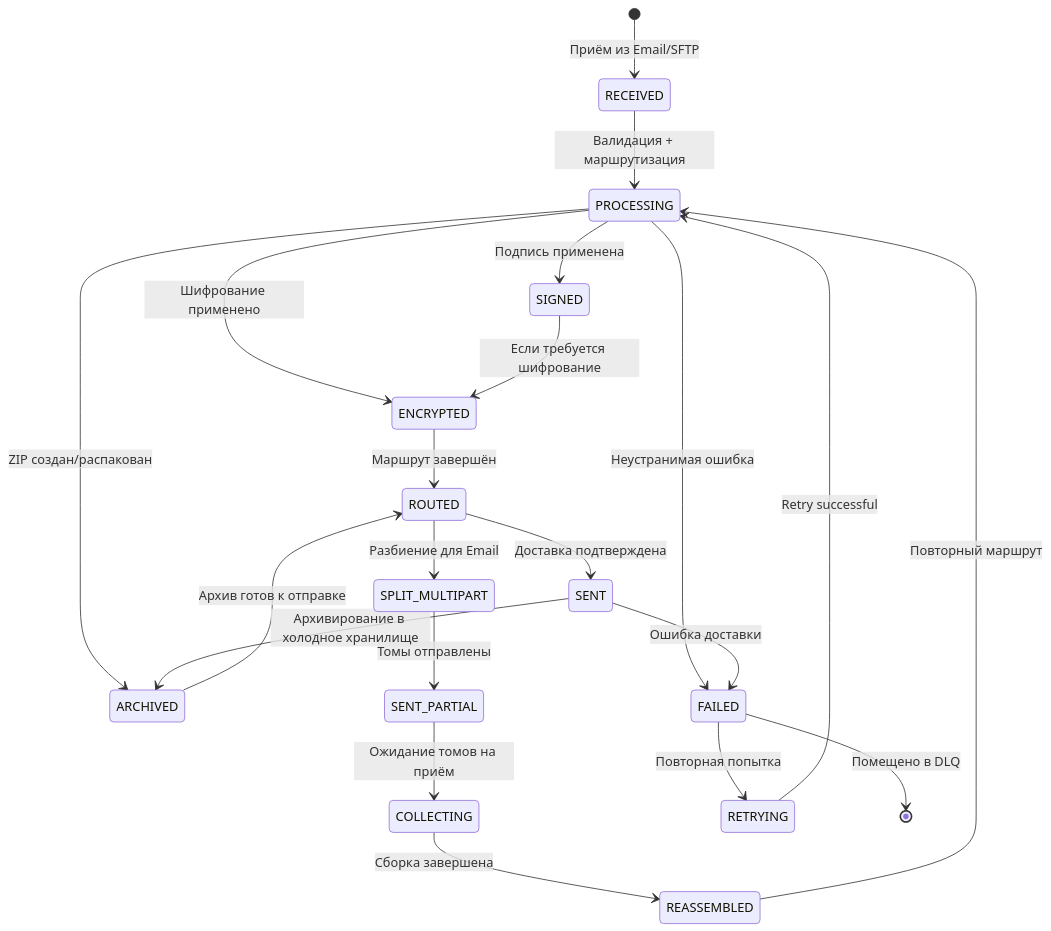
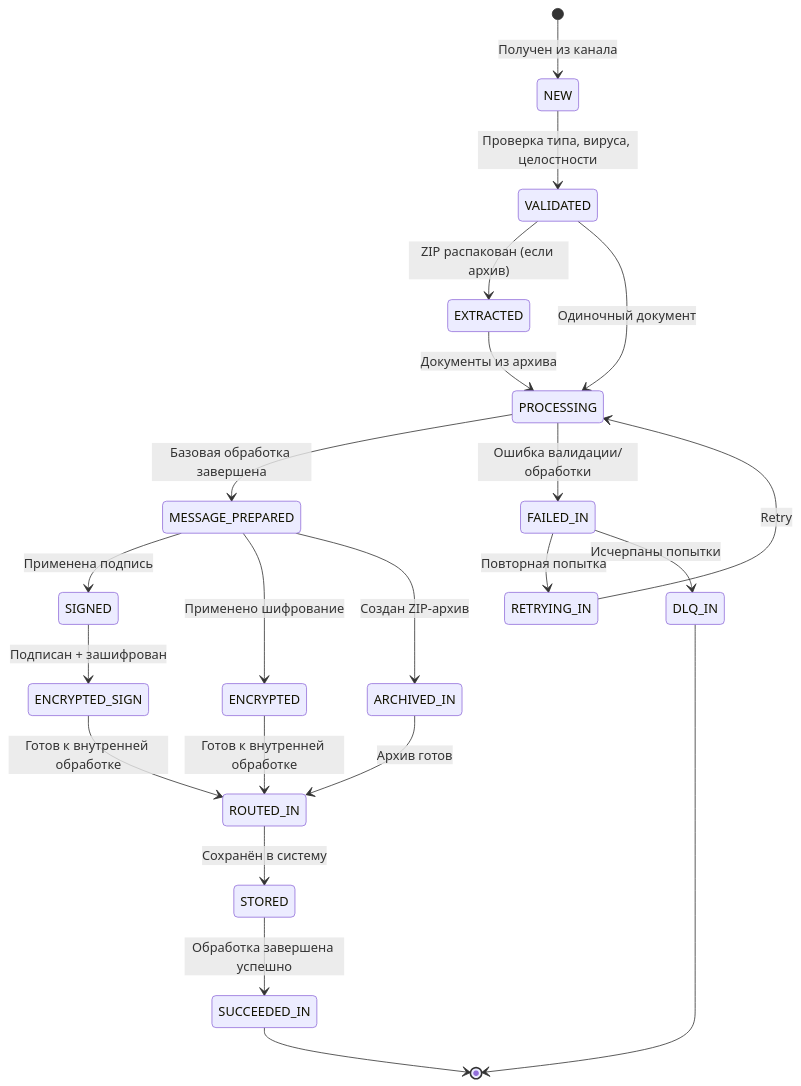
Before and after one commit to AlexanderScheqolev/DS_DDF: the fifth of 6 diagrams in dev-solution-documents.md, drawn with Mermaid. The commit also changed other lines of this file, not shown here.

Commit message:
Update dev-solution-documents.md
Выполнение пункта 4: У вас неудачная FSM диаграмма. Как минимум, она смешивает сценарии приема и отправки сообщений, хотя это абсолютно разные сценарии. Далее, одни и те же шаги FSM используются для разных целей - например, ARCHIVED это и стадия упаковки в ZIP архив для отправки, и архивирование файла в холодное хранилище после его отправки. Хотя это разные операции. Кроме того, я не понял, как работает криптография в вашем случае - переход из SIGNED в ENCRYPTED помечен комментарием "Если требуется шифрование", но при этом альтернатив никаких нет. Ну и, наконец, я не вижу на диаграмме финальных шагов, на которых бы завершилась обработка задачи. Начните с того, чтобы разделить FSM для входящих и исходящий сообщений. Потом добавьте явные финальные состояния - Succeeded / Failed. После этого, возможно, потребуются еще какие-то правки FSM, но начать нужно с этих

````diff
--- a/dev-solution-documents.md
+++ b/dev-solution-documents.md
@@ -426,23 +425,31 @@
 ```mermaid
 stateDiagram-v2
-    [*] --> RECEIVED : Приём из Email/SFTP
-    RECEIVED --> PROCESSING : Валидация + маршрутизация
-    PROCESSING --> SIGNED : Подпись применена
-    PROCESSING --> ENCRYPTED : Шифрование применено
-    PROCESSING --> ARCHIVED : ZIP создан/распакован
-    SIGNED --> ENCRYPTED : Если требуется шифрование
-    ENCRYPTED --> ROUTED : Маршрут завершён
-    ARCHIVED --> ROUTED : Архив готов к отправке
-    ROUTED --> SPLIT_MULTIPART : Разбиение для Email
-    SPLIT_MULTIPART --> SENT_PARTIAL : Томы отправлены
-    SENT_PARTIAL --> COLLECTING : Ожидание томов на приём
-    COLLECTING --> REASSEMBLED : Сборка завершена
-    REASSEMBLED --> PROCESSING : Повторный маршрут
-    ROUTED --> SENT : Доставка подтверждена
-    SENT --> ARCHIVED : Архивирование в холодное хранилище
-    PROCESSING --> FAILED : Неустранимая ошибка
-    SENT --> FAILED : Ошибка доставки
-    FAILED --> RETRYING : Повторная попытка
-    RETRYING --> PROCESSING : Retry successful
-    FAILED --> [*] : Помещено в DLQ
+    [*] --> NEW : Получен из канала
+    
+    NEW --> VALIDATED : Проверка типа, вируса, целостности
+    VALIDATED --> EXTRACTED : ZIP распакован (если архив)
+    EXTRACTED --> PROCESSING : Документы из архива
+    VALIDATED --> PROCESSING : Одиночный документ
+    
+    PROCESSING --> MESSAGE_PREPARED : Базовая обработка завершена
+    MESSAGE_PREPARED --> SIGNED : Применена подпись
+    MESSAGE_PREPARED --> ENCRYPTED : Применено шифрование
+    MESSAGE_PREPARED --> ARCHIVED_IN : Создан ZIP-архив
+    
+    SIGNED --> ENCRYPTED_SIGN : Подписан + зашифрован
+    ENCRYPTED_SIGN --> ROUTED_IN : Готов к внутренней обработке
+    
+    ENCRYPTED --> ROUTED_IN : Готов к внутренней обработке
+    ARCHIVED_IN --> ROUTED_IN : Архив готов
+    
+    ROUTED_IN --> STORED : Сохранён в систему
+    STORED --> SUCCEEDED_IN : Обработка завершена успешно
+    
+    PROCESSING --> FAILED_IN : Ошибка валидации/обработки
+    FAILED_IN --> RETRYING_IN : Повторная попытка
+    RETRYING_IN --> PROCESSING : Retry
+    FAILED_IN --> DLQ_IN : Исчерпаны попытки
+    
+    SUCCEEDED_IN --> [*]
+    DLQ_IN --> [*]
 ```
````
